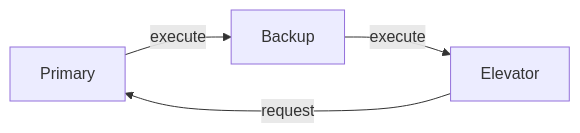
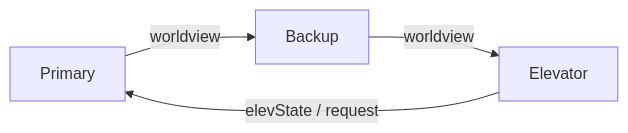
One commit to SondreHauk/TTK4145-Sanntid changed the third of 3 diagrams in README.md. Above: the diagram before and after it, drawn with Mermaid. The commit also changed other lines of this file and 1 other file, not shown here.

````diff
--- a/README.md
+++ b/README.md
@@ -58,6 +58,6 @@
 ```mermaid
 graph LR;
-    Primary -- execute --> Backup;
-    Backup -- execute --> Elevator;
-    Elevator -- request --> Primary;
+    Primary -- worldview --> Backup;
+    Backup -- worldview --> Elevator;
+    Elevator -- elevState / request --> Primary;
 ```
````
